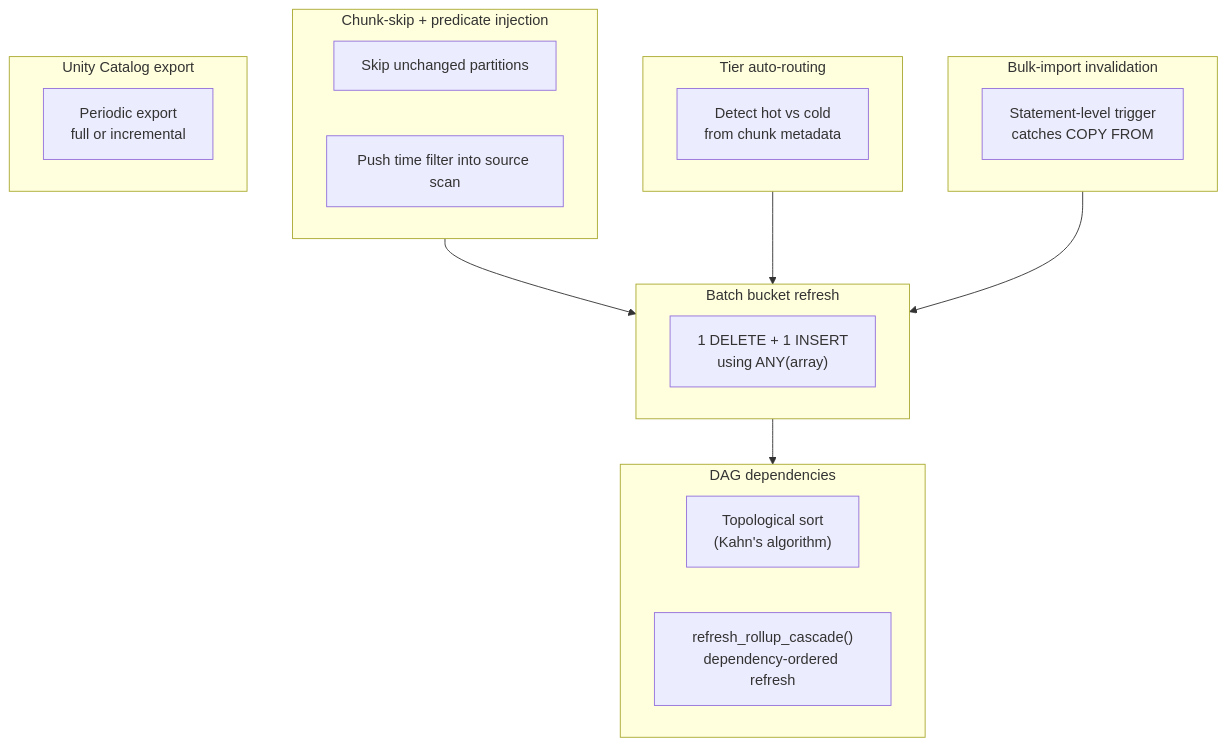
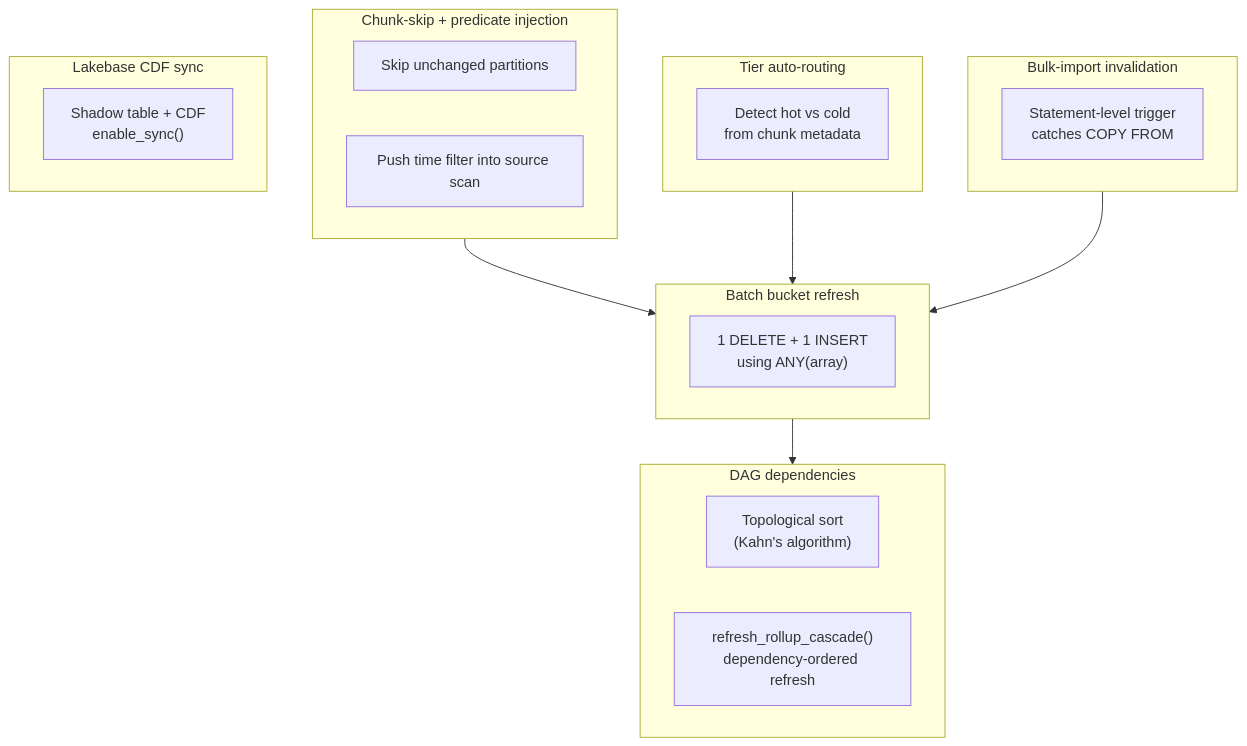
The second of 5 diagrams in website/docs/guides/how-it-works/rollups.md (databricks-solutions/lakets), drawn with Mermaid before and after one commit. The commit also changed other lines of this file and 12 other files, not shown here.

Commit message:
docs(uc): document RollUp CDF sync; remove Path B export docs

````diff
--- a/website/docs/guides/how-it-works/rollups.md
+++ b/website/docs/guides/how-it-works/rollups.md
@@ -121,33 +121,33 @@
 ```mermaid
 flowchart TB
     subgraph PRUNE["Chunk-skip + predicate injection"]
         CS["Skip unchanged partitions"]
         PI["Push time filter into source scan"]
     end
 
     subgraph BATCH["Batch bucket refresh"]
         BB["1 DELETE + 1 INSERT<br/>using ANY(array)"]
     end
 
     subgraph DAG["DAG dependencies"]
         TOPO["Topological sort<br/>(Kahn's algorithm)"]
         CASC["refresh_rollup_cascade()<br/>dependency-ordered refresh"]
     end
 
     subgraph TIER["Tier auto-routing"]
         TR["Detect hot vs cold<br/>from chunk metadata"]
     end
 
     subgraph BULK["Bulk-import invalidation"]
         BII["Statement-level trigger<br/>catches COPY FROM"]
     end
 
-    subgraph EXPORT["Unity Catalog export"]
-        EXP["Periodic export<br/>full or incremental"]
+    subgraph SYNC["Lakebase CDF sync"]
+        SYN["Shadow table + CDF<br/>enable_sync()"]
     end
 
     PRUNE --> BATCH
     BATCH --> DAG
     TIER --> BATCH
     BULK --> BATCH
 ```
````
